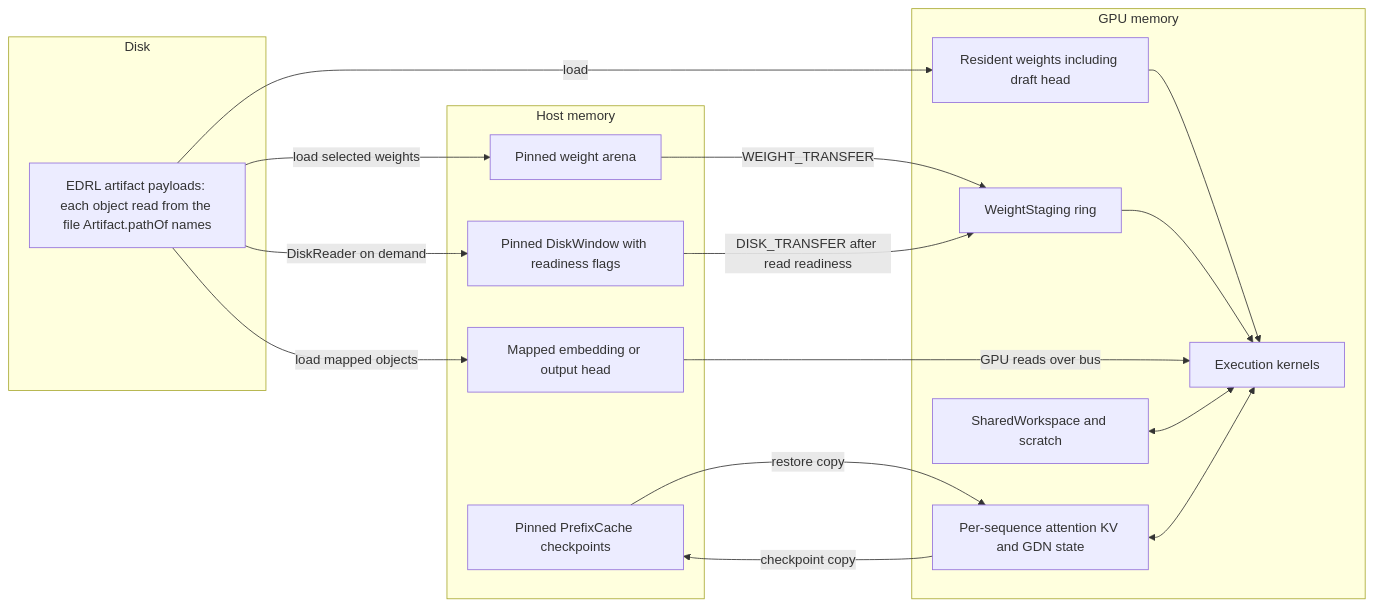
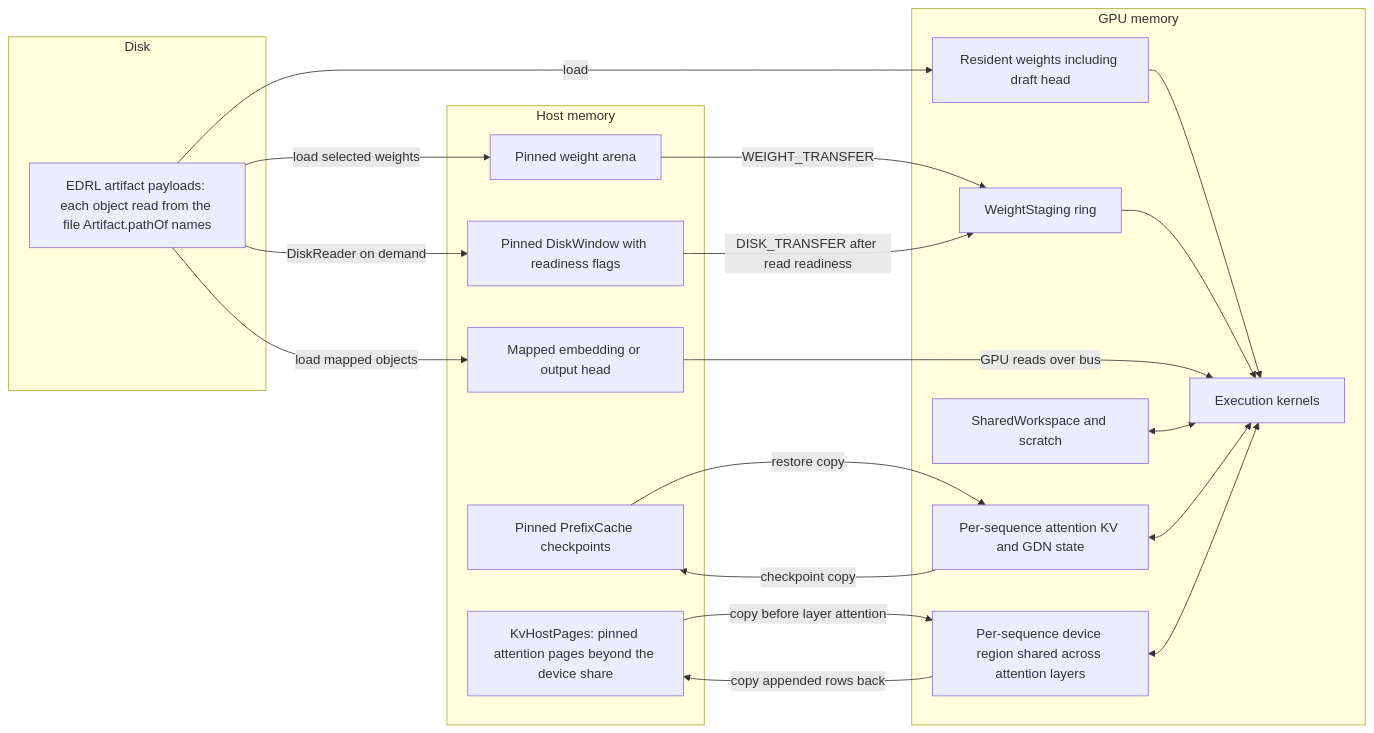
Before and after one commit to Euhedral-Engine/Euhedral: the diagram in docs/architecture/04-memory-architecture.md, drawn with Mermaid. The commit also changed other lines of this file and 10 other files, not shown here.

Commit message:
docs: refresh architecture against current runtime and startup

````diff
--- a/docs/architecture/04-memory-architecture.md
+++ b/docs/architecture/04-memory-architecture.md
@@ -5,32 +5,37 @@
 ```mermaid
 flowchart LR
     subgraph Disk[Disk]
         E[EDRL artifact payloads: each object read from the file Artifact.pathOf names]
     end
     subgraph Host[Host memory]
         Arena[Pinned weight arena]
         Window[Pinned DiskWindow with readiness flags]
         Mapped[Mapped embedding or output head]
         Prefix[Pinned PrefixCache checkpoints]
+        HostKV[KvHostPages: pinned attention pages beyond the device share]
     end
     subgraph Device[GPU memory]
         Resident[Resident weights including draft head]
         Ring[WeightStaging ring]
         Compute[Execution kernels]
         Workspace[SharedWorkspace and scratch]
         State[Per-sequence attention KV and GDN state]
+        KVRegion[Per-sequence device region shared across attention layers]
     end
     E -->|load| Resident
     E -->|load selected weights| Arena
     E -->|DiskReader on demand| Window
     E -->|load mapped objects| Mapped
     Arena -->|WEIGHT_TRANSFER| Ring
     Window -->|DISK_TRANSFER after read readiness| Ring
     Resident --> Compute
     Ring --> Compute
     Mapped -->|GPU reads over bus| Compute
     Workspace <--> Compute
     State <--> Compute
     State -->|checkpoint copy| Prefix
     Prefix -->|restore copy| State
+    HostKV -->|copy before layer attention| KVRegion
+    KVRegion -->|copy appended rows back| HostKV
+    KVRegion <--> Compute
 ```
````
